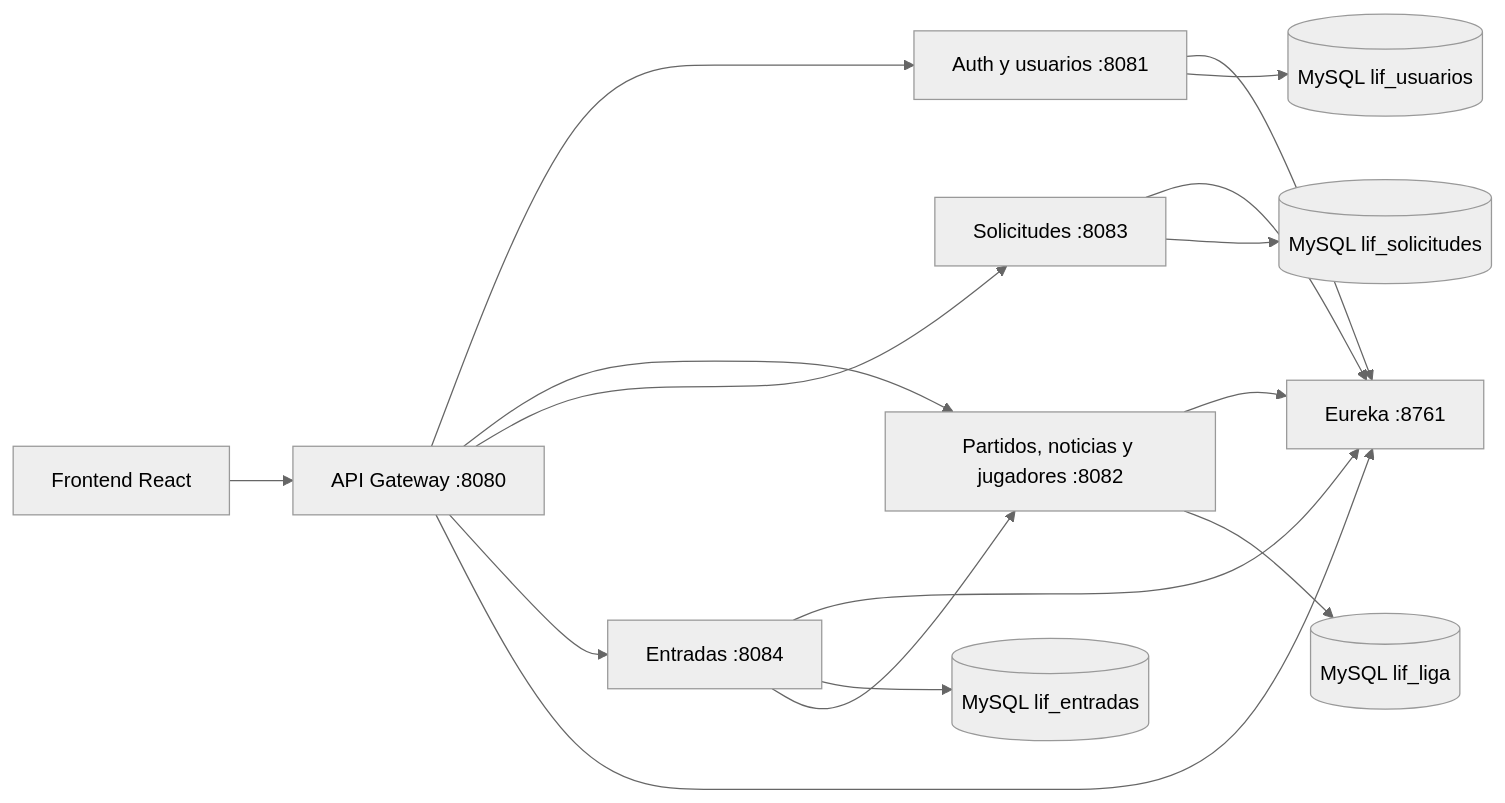
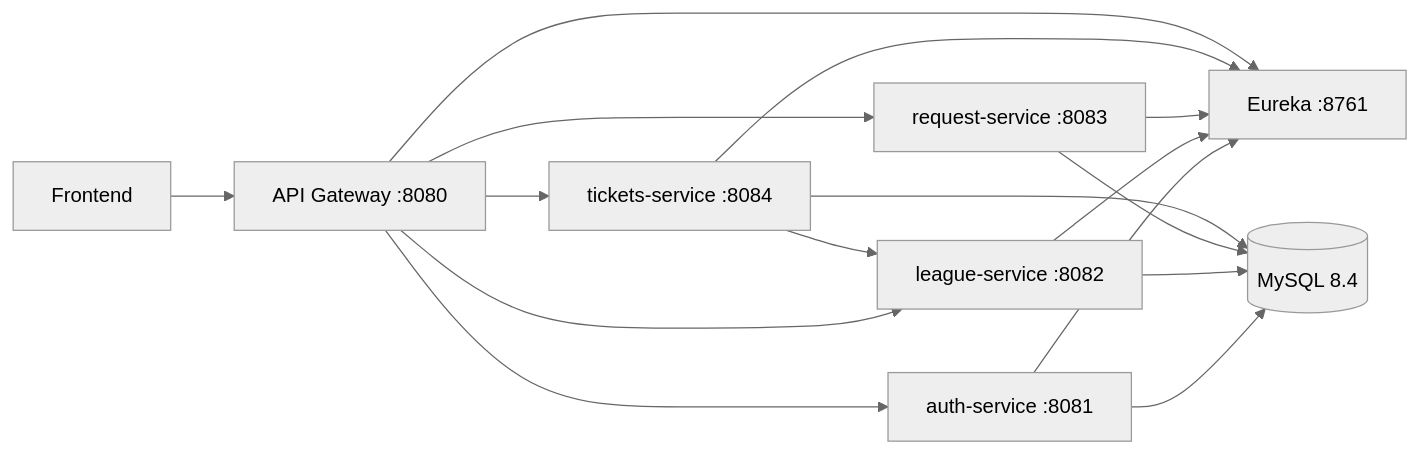
The diagram in backend/README.md (090Santander/lif-store), drawn with Mermaid (neutral theme) before and after one commit. The commit also changed other lines of this file and 2 other files, not shown here.

Commit message:
docs: document backend and frontend setup

````diff
--- a/backend/README.md
+++ b/backend/README.md
@@ -7,18 +9,18 @@
 ```mermaid
 flowchart LR
-    Front[Frontend React] --> Gateway[API Gateway :8080]
-    Gateway --> Auth[Auth y usuarios :8081]
-    Gateway --> League[Partidos, noticias y jugadores :8082]
-    Gateway --> Requests[Solicitudes :8083]
-    Gateway --> Tickets[Entradas :8084]
+    Client[Frontend] --> Gateway[API Gateway :8080]
+    Gateway --> Auth[auth-service :8081]
+    Gateway --> League[league-service :8082]
+    Gateway --> Request[request-service :8083]
+    Gateway --> Tickets[tickets-service :8084]
     Auth --> Eureka[Eureka :8761]
     League --> Eureka
-    Requests --> Eureka
+    Request --> Eureka
     Tickets --> Eureka
     Gateway --> Eureka
-    Auth --> DB1[(MySQL lif_usuarios)]
-    League --> DB2[(MySQL lif_liga)]
-    Requests --> DB3[(MySQL lif_solicitudes)]
-    Tickets --> DB4[(MySQL lif_entradas)]
+    Auth --> DB[(MySQL 8.4)]
+    League --> DB
+    Request --> DB
+    Tickets --> DB
     Tickets --> League
 ```
````
